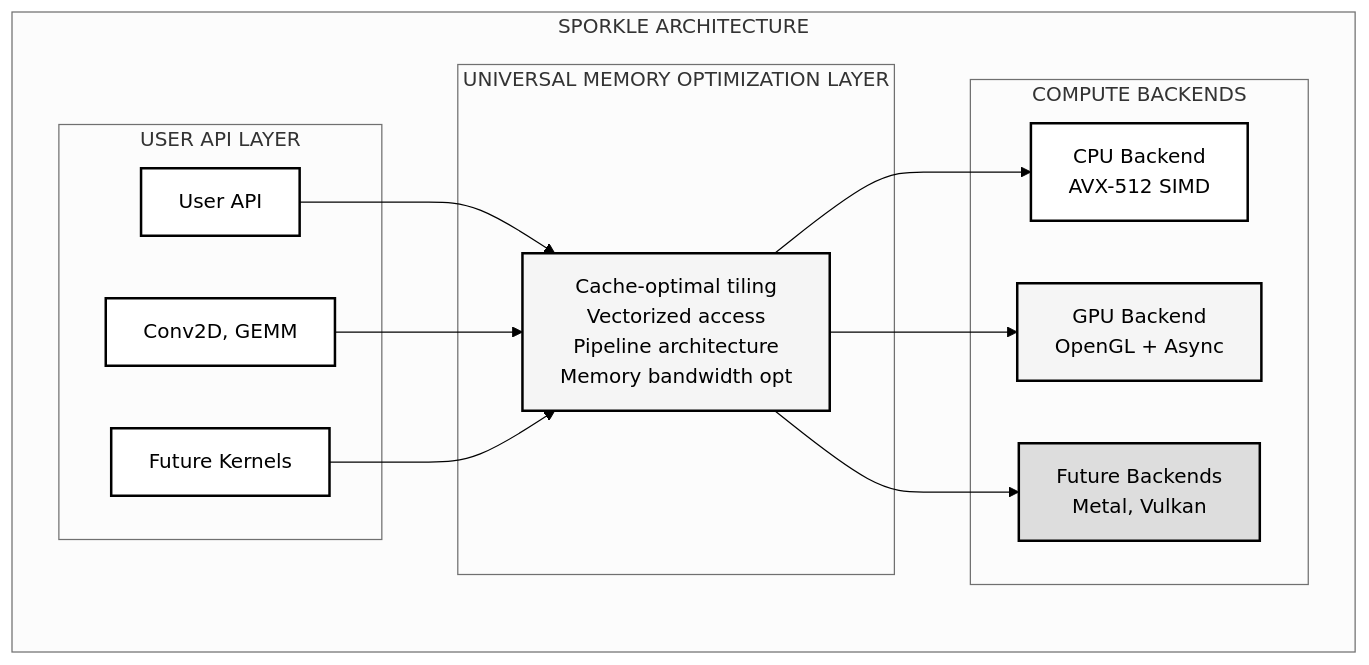
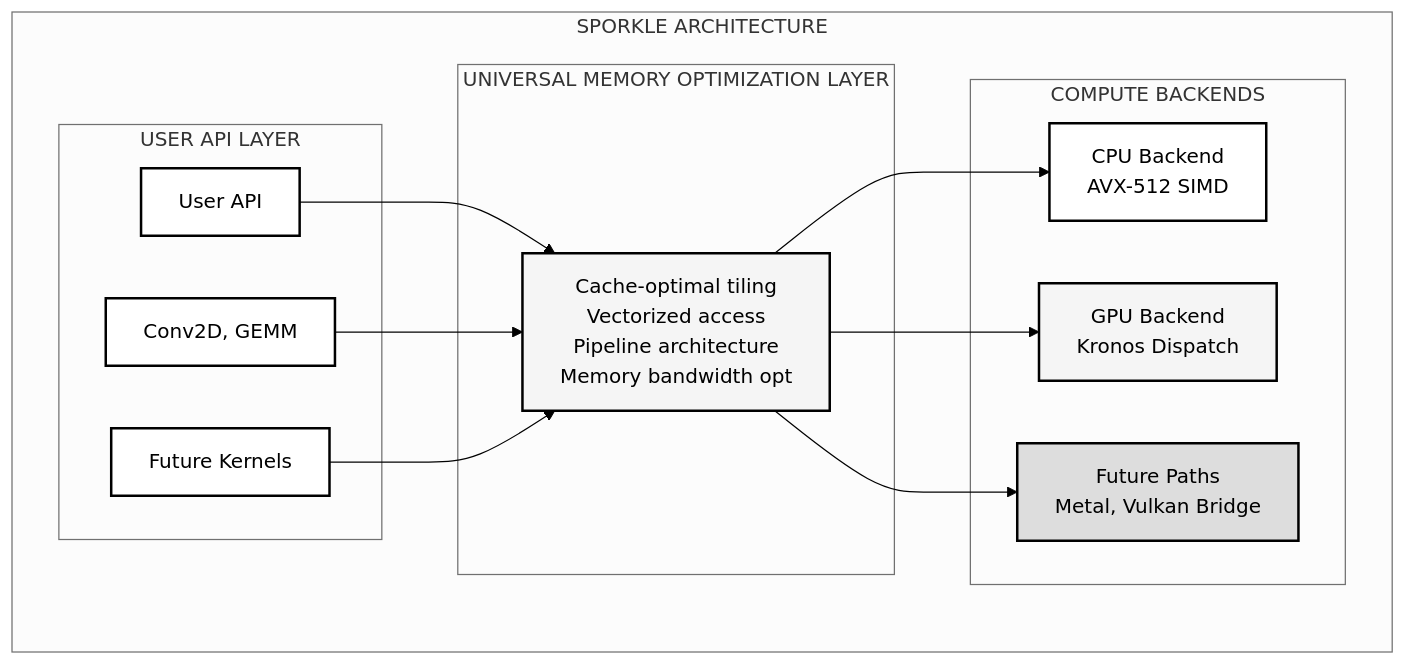
One commit to LynnColeArt/sporkle changed the diagram in README.md. Above: the diagram before and after it, drawn with Mermaid. The commit also changed other lines of this file and 88 other files, not shown here.

````diff
--- a/README.md
+++ b/README.md
@@ -106,32 +54,32 @@
 ```mermaid
 %%{init: {'theme':'neutral', 'themeVariables': {'primaryColor':'#fff','primaryTextColor':'#000','primaryBorderColor':'#000','lineColor':'#000','secondaryColor':'#f5f5f5','tertiaryColor':'#ddd'}}}%%
 graph TB
     subgraph Architecture["SPORKLE ARCHITECTURE"]
         subgraph API["USER API LAYER"]
             A1["User API"]:::white
             A2["Conv2D, GEMM"]:::white
             A3["Future Kernels"]:::white
         end
         
         subgraph Memory["UNIVERSAL MEMORY OPTIMIZATION LAYER"]
             M["Cache-optimal tiling<br/>Vectorized access<br/>Pipeline architecture<br/>Memory bandwidth opt"]:::light
         end
         
         subgraph Backends["COMPUTE BACKENDS"]
             B1["CPU Backend<br/>AVX-512 SIMD"]:::white
-            B2["GPU Backend<br/>OpenGL + Async"]:::light
-            B3["Future Backends<br/>Metal, Vulkan"]:::dark
+            B2["GPU Backend<br/>Kronos Dispatch"]:::light
+            B3["Future Paths<br/>Metal, Vulkan Bridge"]:::dark
         end
         
         A1 --> M
         A2 --> M
         A3 --> M
         M --> B1
         M --> B2
         M --> B3
     end
     
     classDef white fill:#fff,stroke:#000,stroke-width:2px,color:#000
     classDef light fill:#f5f5f5,stroke:#000,stroke-width:2px,color:#000
     classDef dark fill:#ddd,stroke:#000,stroke-width:2px,color:#000
 ```
````
